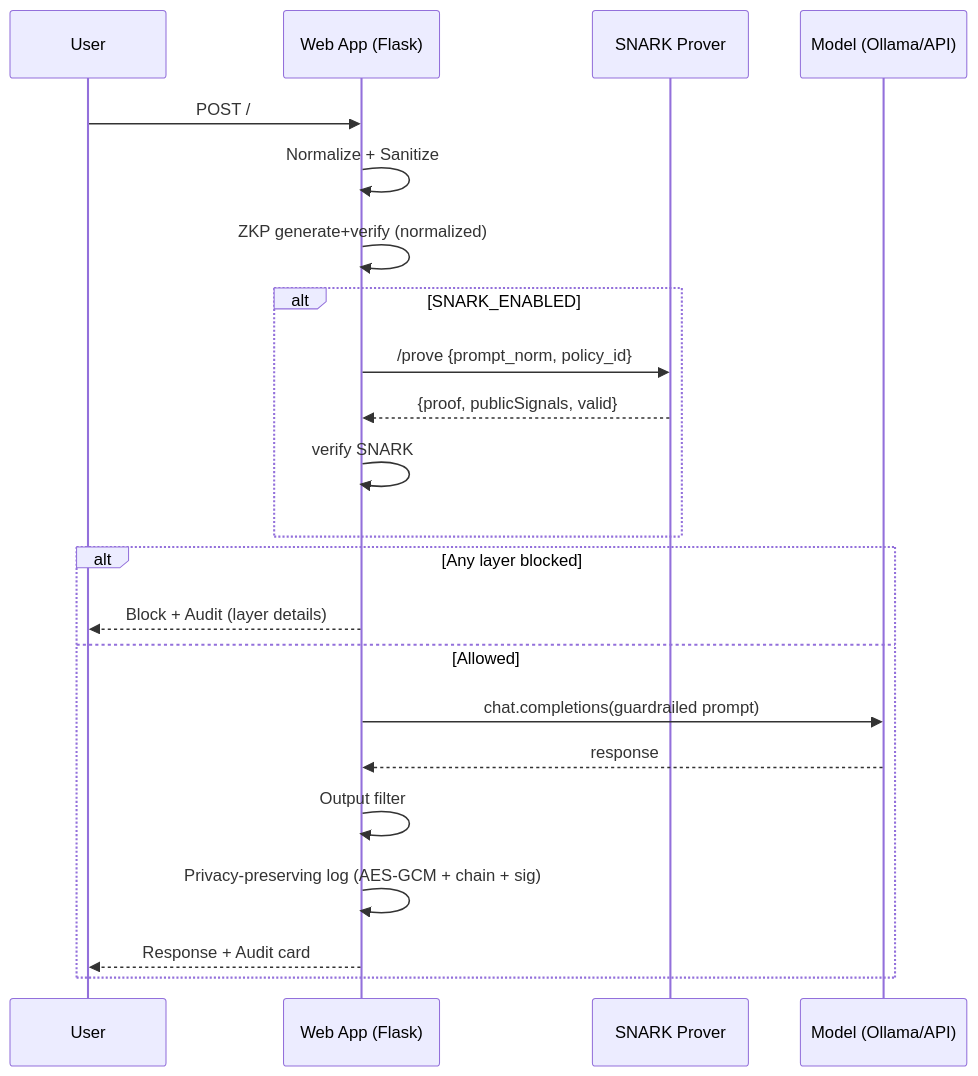
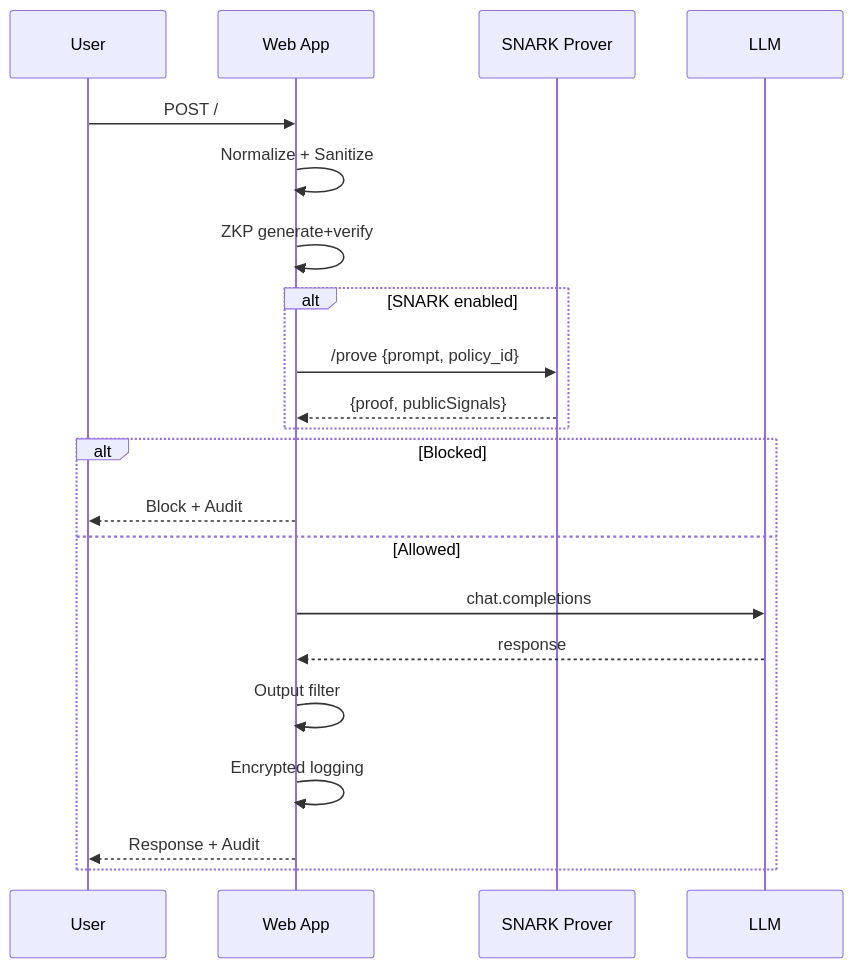
Before and after one commit to TakudzwaChoto/zkp-snarks: the fourth of 6 diagrams in README.md, drawn with Mermaid. The commit also changed other lines of this file, not shown here.

````diff
--- a/README.md
+++ b/README.md
@@ -110,25 +107,24 @@
 ```mermaid
 sequenceDiagram
   participant U as User
-  participant W as Web App (Flask)
+  participant W as Web App
   participant P as SNARK Prover
-  participant M as Model (Ollama/API)
+  participant M as LLM
 
   U->>W: POST /
   W->>W: Normalize + Sanitize
-  W->>W: ZKP generate+verify (normalized)
-  alt SNARK_ENABLED
-    W->>P: /prove {prompt_norm, policy_id}
-    P-->>W: {proof, publicSignals, valid}
-    W->>W: verify SNARK
+  W->>W: ZKP generate+verify
+  alt SNARK enabled
+    W->>P: /prove {prompt, policy_id}
+    P-->>W: {proof, publicSignals}
   end
-  alt Any layer blocked
-    W-->>U: Block + Audit (layer details)
+  alt Blocked
+    W-->>U: Block + Audit
   else Allowed
-    W->>M: chat.completions(guardrailed prompt)
+    W->>M: chat.completions
     M-->>W: response
     W->>W: Output filter
-    W->>W: Privacy‑preserving log (AES‑GCM + chain + sig)
-    W-->>U: Response + Audit card
+    W->>W: Encrypted logging
+    W-->>U: Response + Audit
   end
 ```
````
